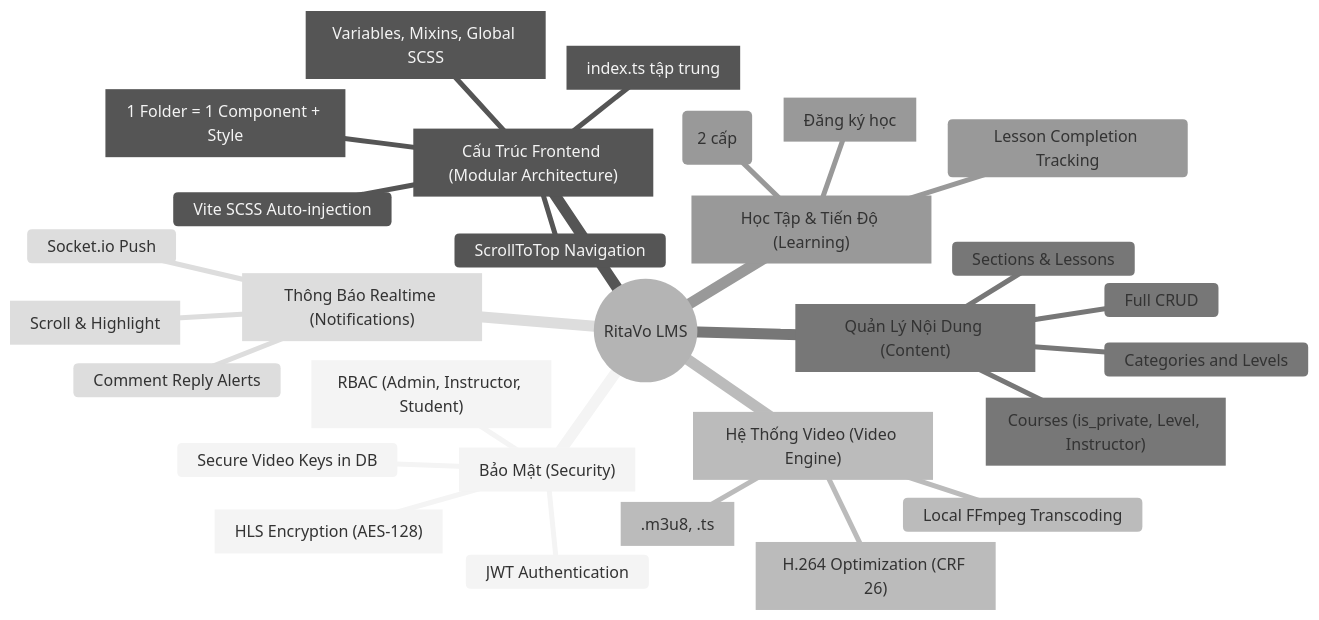
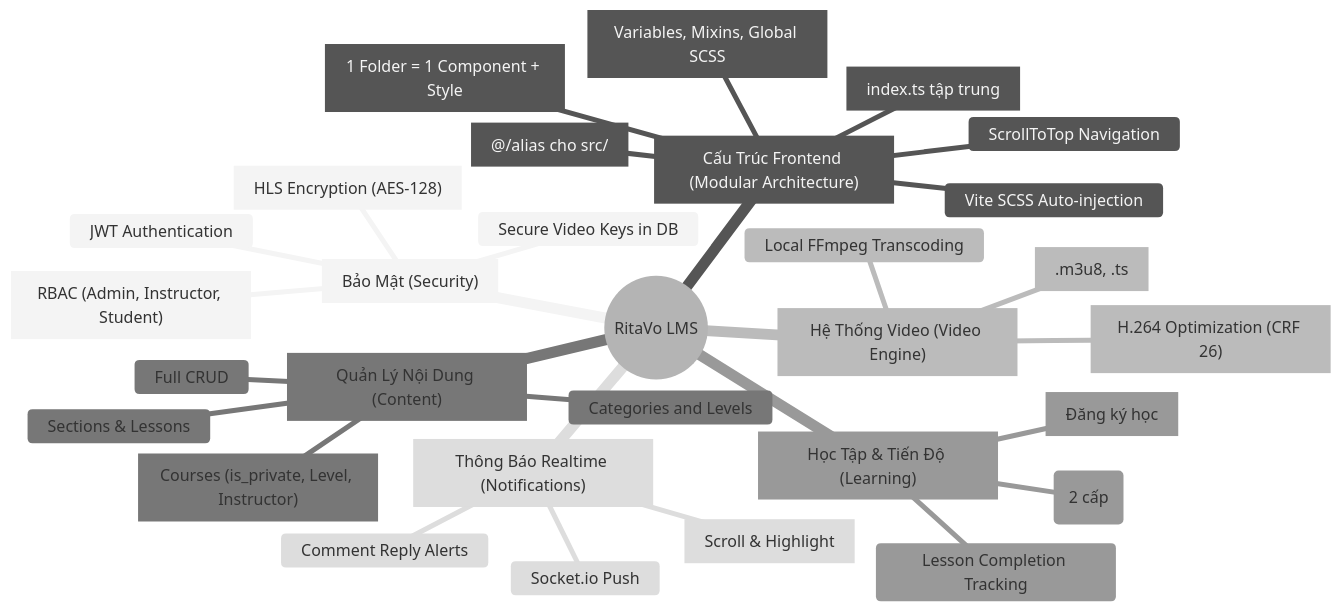
Before and after one commit to NguyenHongPhuc-2455/LMS: the diagram in ProjectInfo/MINDMAP.md, drawn with Mermaid (neutral theme). The commit also changed 93 other files, not shown here.

````diff
--- a/ProjectInfo/MINDMAP.md
+++ b/ProjectInfo/MINDMAP.md
@@ -7,32 +7,33 @@
 ```mermaid
 mindmap
     root((RitaVo LMS))
       Bảo Mật["Bảo Mật (Security)"]
         JWT Authentication
         RBAC["RBAC (Admin, Instructor, Student)"]
         HLS Encryption["HLS Encryption (AES-128)"]
         Secure Video Keys in DB
       Cấu Trúc Frontend["Cấu Trúc Frontend (Modular Architecture)"]
         Folder-based Components["1 Folder = 1 Component + Style"]
         Barrel Exports["index.ts tập trung"]
         Global Style System["Variables, Mixins, Global SCSS"]
         Vite SCSS Auto-injection
+        Absolute Imports["@/alias cho src/"]
         ScrollToTop Navigation
       Hệ Thống Video["Hệ Thống Video (Video Engine)"]
         Local FFmpeg Transcoding
         H.264 Optimization["H.264 Optimization (CRF 26)"]
         HLS Streaming[".m3u8, .ts"]
       Quản Lý Nội Dung["Quản Lý Nội Dung (Content)"]
         Categories and Levels
         Courses["Courses (is_private, Level, Instructor)"]
         Full CRUD
         Sections & Lessons
       Học Tập["Học Tập & Tiến Độ (Learning)"]
         Enrollment["Đăng ký học"]
         Lesson Completion Tracking
         Bình luận Facebook-style (2 cấp)
       Thông Báo["Thông Báo Realtime (Notifications)"]
         Socket.io Push
         Comment Reply Alerts
         Click to Navigate["Scroll & Highlight"]
 ```
````
